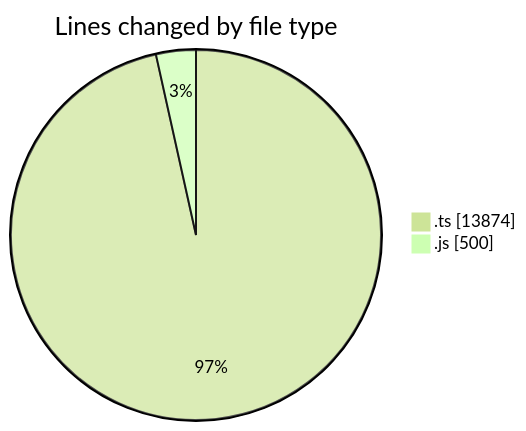
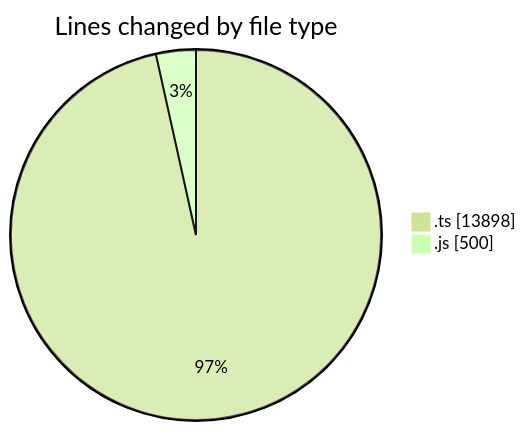
One commit to momahboobian/code-tracking changed the first of 2 diagrams in 2025-06-26/cda/README.md. Above: the diagram before and after it, drawn with Mermaid (forest theme). The commit also changed other lines of this file and 1 other file, not shown here.

````diff
--- a/2025-06-26/cda/README.md
+++ b/2025-06-26/cda/README.md
@@ -25,6 +25,6 @@
 ```mermaid
 pie showData
 title Lines changed by file type
-".ts" : 13874
+".ts" : 13898
 ".js" : 500
 ```
````
